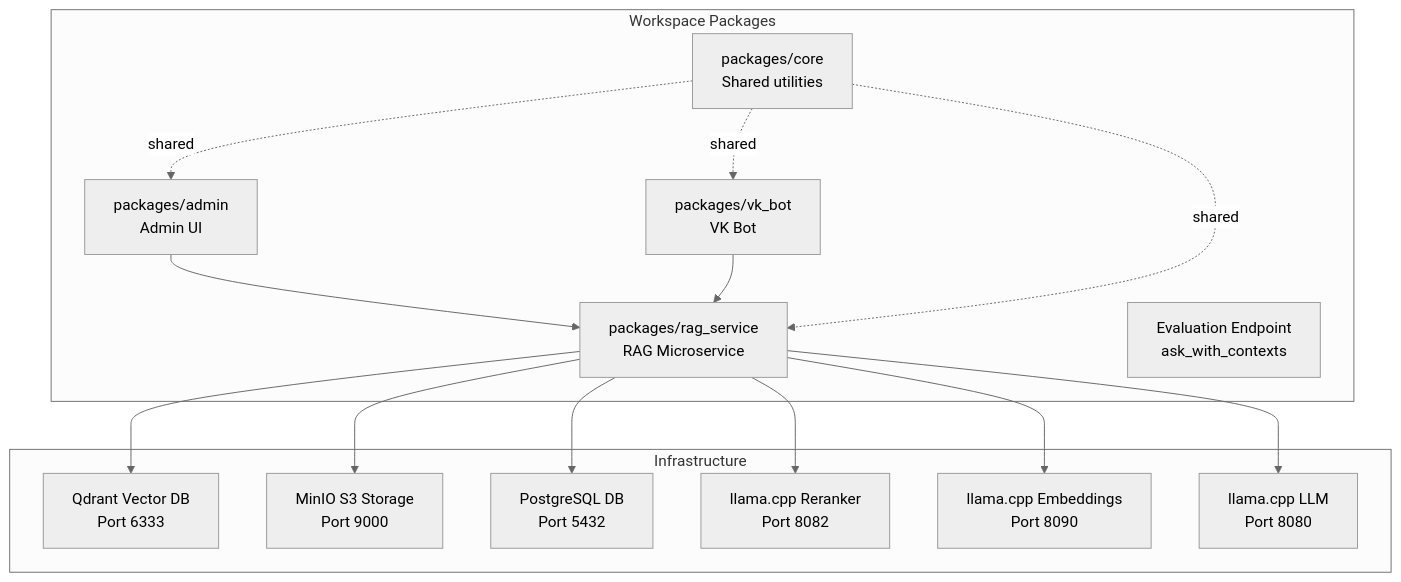
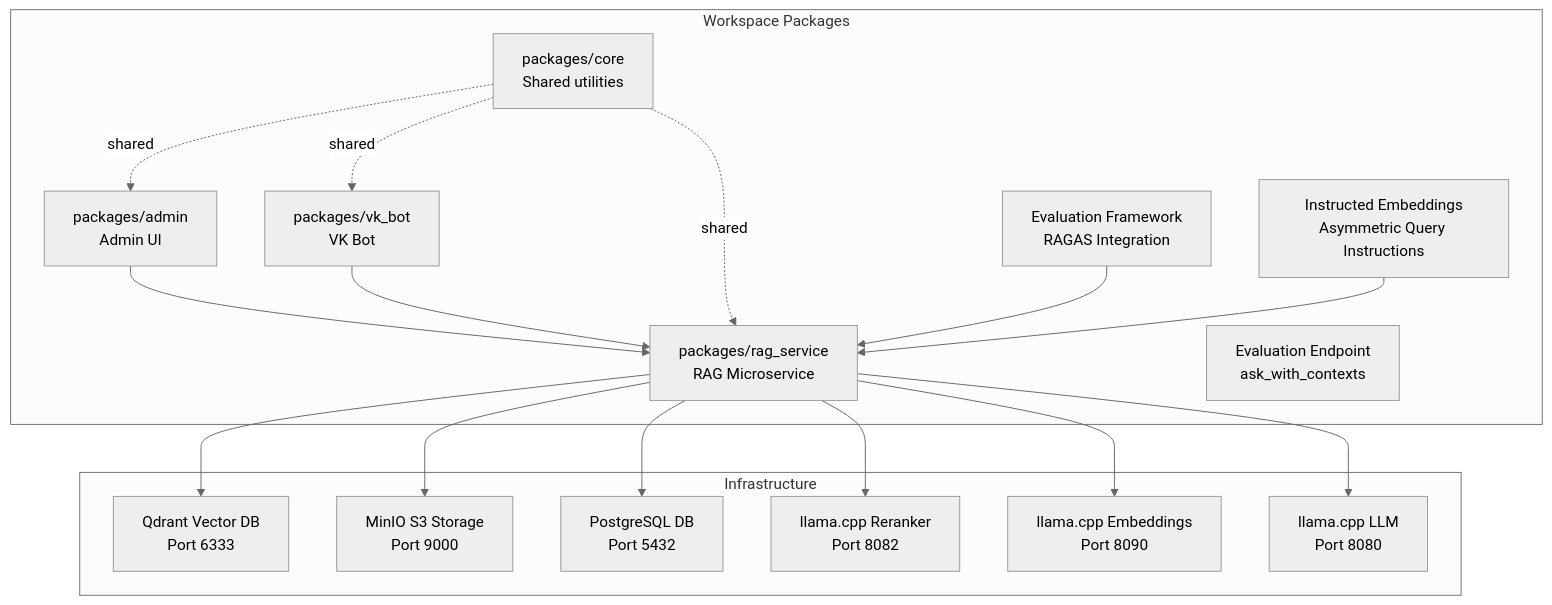
One commit to ognelis/cafetera_hr_bot changed the first of 24 diagrams in .qoder/repowiki/en/content/API Reference/RAG Microservice Architecture.md. Above: the diagram before and after it, drawn with Mermaid (neutral theme). The commit also changed other lines of this file and 10 other files, not shown here.

````diff
--- a/.qoder/repowiki/en/content/API Reference/RAG Microservice Architecture.md
+++ b/.qoder/repowiki/en/content/API Reference/RAG Microservice Architecture.md
@@ -89,29 +89,33 @@
 ```mermaid
 graph TB
 subgraph "Workspace Packages"
 CORE["packages/core<br/>Shared utilities"]
 ADMIN["packages/admin<br/>Admin UI"]
 VKBOT["packages/vk_bot<br/>VK Bot"]
 RAG["packages/rag_service<br/>RAG Microservice"]
+EVAL_FRAMEWORK["Evaluation Framework<br/>RAGAS Integration"]
+INSTRUCTED_EMBEDDINGS["Instructed Embeddings<br/>Asymmetric Query Instructions"]
 ENDPOINT_EVAL["Evaluation Endpoint<br/>ask_with_contexts"]
 end
 subgraph "Infrastructure"
 QDRANT["Qdrant Vector DB<br/>Port 6333"]
 MINIO["MinIO S3 Storage<br/>Port 9000"]
 PG["PostgreSQL DB<br/>Port 5432"]
 LLAMACPP_RERANKER["llama.cpp Reranker<br/>Port 8082"]
 LLAMACPP_EMBEDDINGS["llama.cpp Embeddings<br/>Port 8090"]
 LLAMACPP_LLM["llama.cpp LLM<br/>Port 8080"]
 end
 ADMIN --> RAG
 VKBOT --> RAG
 RAG --> QDRANT
 RAG --> MINIO
 RAG --> PG
 RAG --> LLAMACPP_RERANKER
 RAG --> LLAMACPP_EMBEDDINGS
 RAG --> LLAMACPP_LLM
 CORE -. shared .-> ADMIN
 CORE -. shared .-> VKBOT
 CORE -. shared .-> RAG
+EVAL_FRAMEWORK --> RAG
+INSTRUCTED_EMBEDDINGS --> RAG
 ```
````
